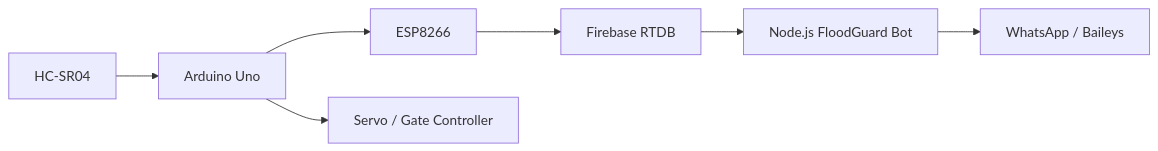
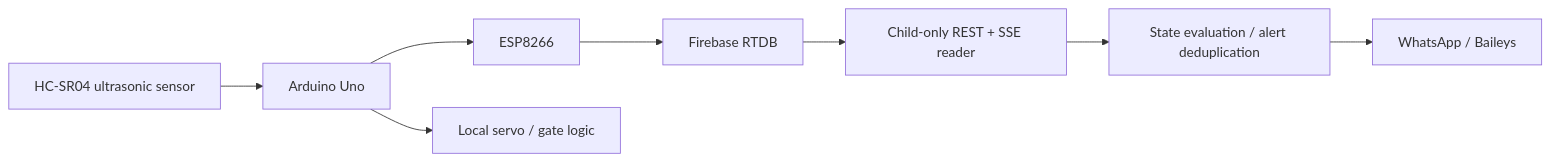
One commit to teldigi5-wq/floodguard-whatsapp-bot changed the diagram in README.md. Above: the diagram before and after it, drawn with Mermaid. The commit also changed other lines of this file and 1 other file, not shown here.

````diff
--- a/README.md
+++ b/README.md
@@ -55,9 +32,10 @@
-```mermaid
+~~~mermaid
 flowchart LR
-    Sensor[HC-SR04] --> Uno[Arduino Uno]
-    Uno --> ESP[ESP8266]
-    ESP --> Firebase[Firebase RTDB]
-    Firebase --> Bot[Node.js FloodGuard Bot]
-    Bot --> WA[WhatsApp / Baileys]
-    Uno --> Gate[Servo / Gate Controller]
-```
+    H[HC-SR04 ultrasonic sensor] --> A[Arduino Uno]
+    A --> E[ESP8266]
+    E --> F[Firebase RTDB]
+    F --> T[Child-only REST + SSE reader]
+    T --> L[State evaluation / alert deduplication]
+    L --> W[WhatsApp / Baileys]
+    A --> G[Local servo / gate logic]
+~~~
````
